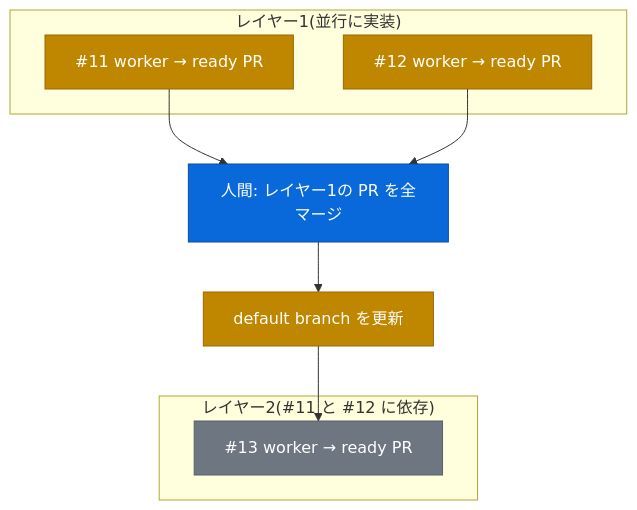
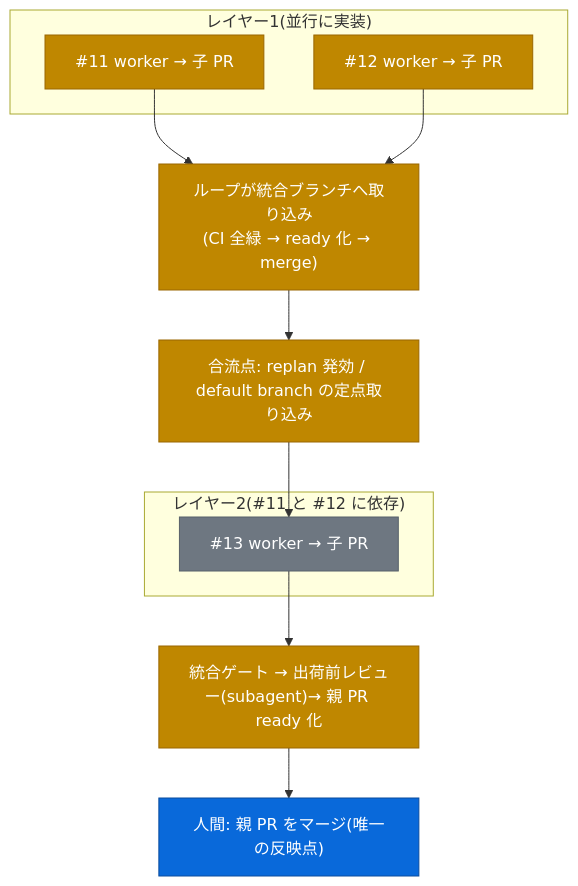
One commit to reonyanarticle/tasuki changed the first of 3 diagrams in docs/DESIGN.md. Above: the diagram before and after it, drawn with Mermaid. The commit also changed other lines of this file and 4 other files, not shown here.

Commit message:
docs: DESIGN の旧レイヤー図(人間が全子PRマージ)を統合ブランチ方式に修正し、ループ詳細フロー図と子 issue 状態遷移図を追加。レポート必須欄に skill/subagent 欄、レビュー subagent のモデルを明記

````diff
--- a/docs/DESIGN.md
+++ b/docs/DESIGN.md
@@ -111,20 +117,22 @@
 ```mermaid
 flowchart TD
     accTitle: レイヤー実行の構造
-    accDescr: 同じレイヤーの子 issue は並行して実装され、それぞれ ready PR になる。そのレイヤーの PR をすべて人間がマージして default branch が更新されてから、次のレイヤーの子 issue に着手する。
+    accDescr: 同じレイヤーの子 issue は並行して実装され、ゲートを通った子 PR をループが統合ブランチへ取り込む。全子の取り込みが合流点で、そこで再計画の発効と default branch の取り込みを行ってから次レイヤーに着手する。人間のマージは最後の親 PR の1回だけ。
     classDef human fill:#0969da,stroke:#0a4c9e,color:#fff
     classDef work fill:#bf8700,stroke:#9a6700,color:#fff
     classDef pending fill:#6e7781,stroke:#57606a,color:#fff
 
     subgraph L1["レイヤー1(並行に実装)"]
-        A["#11 worker → ready PR"]:::work
-        B["#12 worker → ready PR"]:::work
+        A["#11 worker → 子 PR"]:::work
+        B["#12 worker → 子 PR"]:::work
     end
-    A --> M["人間: レイヤー1の PR を全マージ"]:::human
+    A --> M["ループが統合ブランチへ取り込み<br/>(CI 全緑 → ready 化 → merge)"]:::work
     B --> M
-    M --> D["default branch を更新"]:::work
-    D --> C
+    M --> J["合流点: replan 発効 / default branch の定点取り込み"]:::work
+    J --> C
     subgraph L2["レイヤー2(#11 と #12 に依存)"]
-        C["#13 worker → ready PR"]:::pending
+        C["#13 worker → 子 PR"]:::pending
     end
+    C --> FIN["統合ゲート → 出荷前レビュー(subagent)→ 親 PR ready 化"]:::work
+    FIN --> HM["人間: 親 PR をマージ(唯一の反映点)"]:::human
 ```
````
